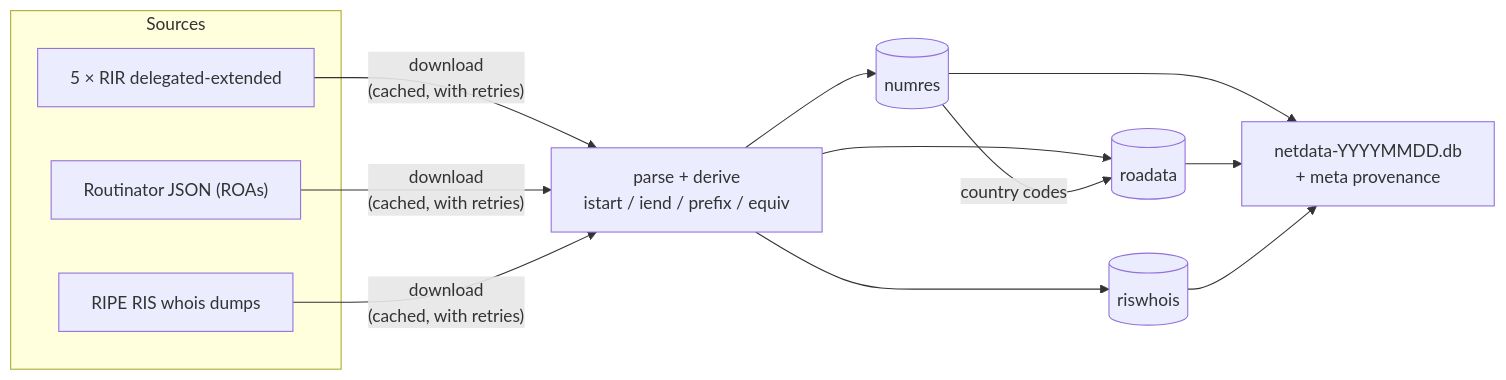
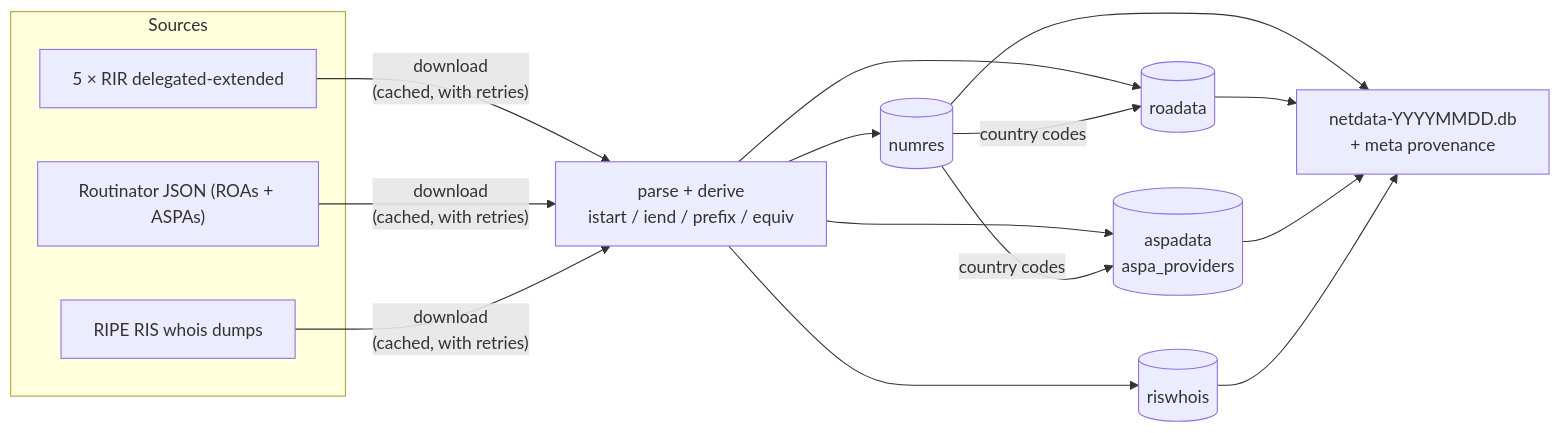
One commit to cm2c-internet-measurements/rir-netdata changed the diagram in README.md. Above: the diagram before and after it, drawn with Mermaid. The commit also changed other lines of this file, not shown here.

First line of the commit message:
README: describe the ASPA import (#26)

````diff
--- a/README.md
+++ b/README.md
@@ -52,14 +53,15 @@
 ```mermaid
 flowchart LR
     subgraph Sources
         D["5 × RIR delegated-extended"]
-        R["Routinator JSON (ROAs)"]
+        R["Routinator JSON (ROAs + ASPAs)"]
         W["RIPE RIS whois dumps"]
     end
     D & R & W -->|"download<br/>(cached, with retries)"| P["parse + derive<br/>istart / iend / prefix / equiv"]
     P --> N[(numres)]
     P --> A[(roadata)]
+    P --> AS[(aspadata<br/>aspa_providers)]
     P --> S[(riswhois)]
-    N -->|"country codes"| A
-    N & A & S --> F["netdata-YYYYMMDD.db<br/>+ meta provenance"]
+    N -->|"country codes"| A & AS
+    N & A & AS & S --> F["netdata-YYYYMMDD.db<br/>+ meta provenance"]
 ```
````
